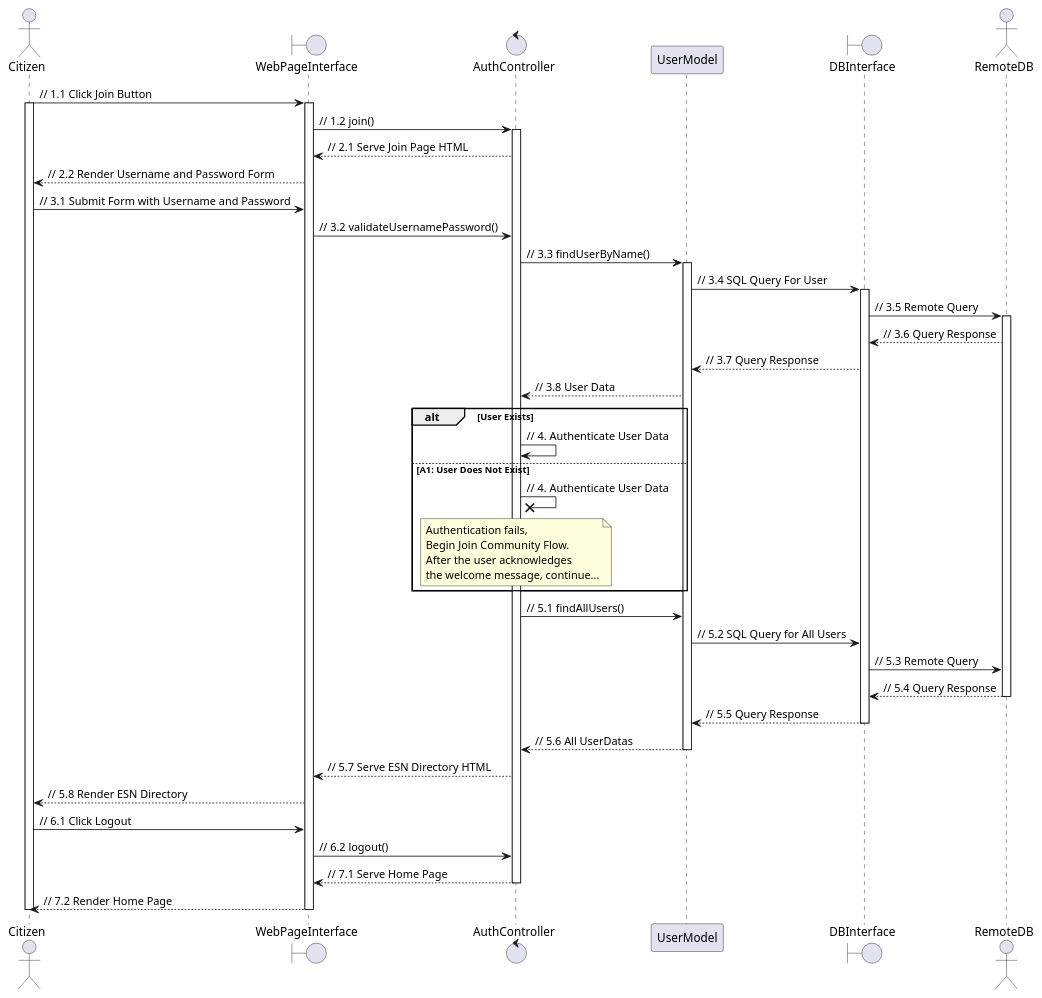
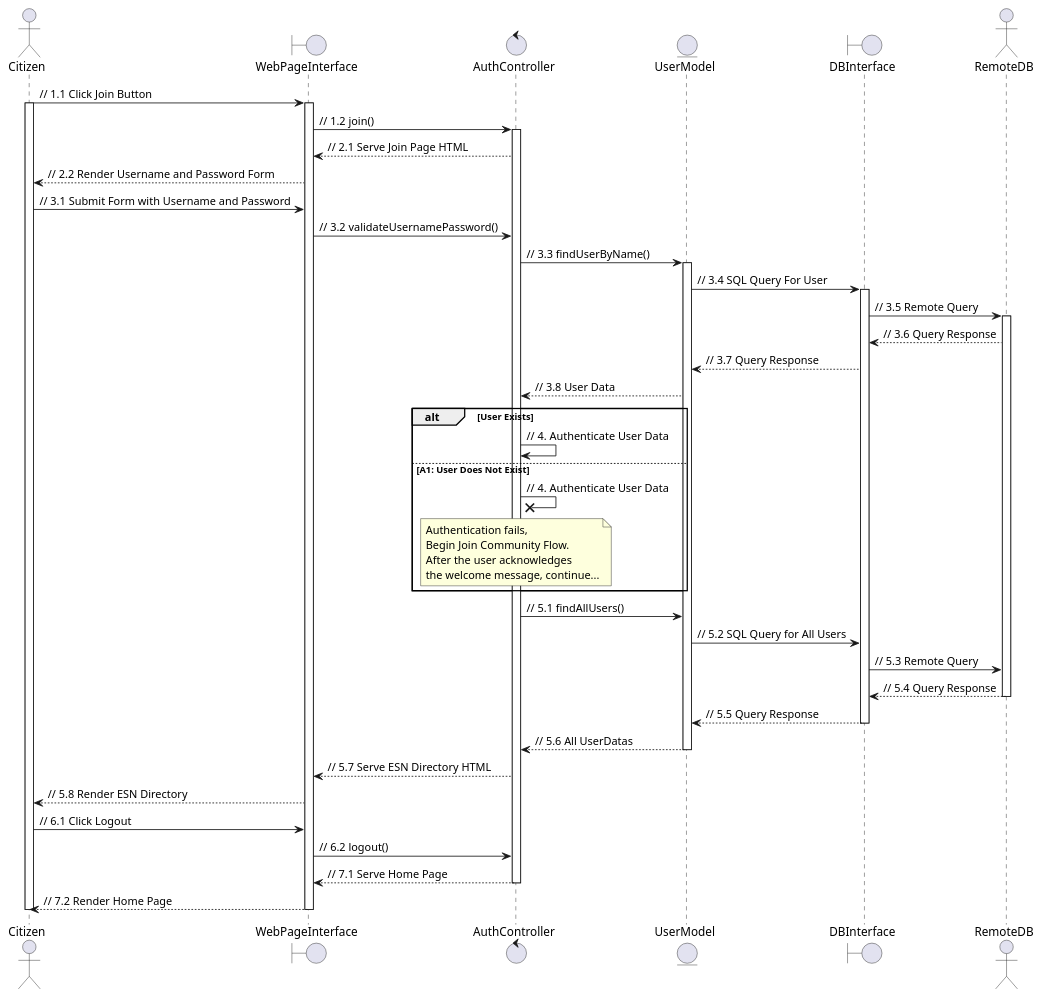
Before and after one commit to Lorilandly/ESN: the diagram in docs/ooa/login-logout/sequence.puml, drawn with PlantUML. The commit also changed 8 other files, not shown here.

```diff
--- a/docs/ooa/login-logout/sequence.puml
+++ b/docs/ooa/login-logout/sequence.puml
@@ -1,64 +1,64 @@
 @startuml
 
 actor Citizen as c
 boundary WebPageInterface as w
 control AuthController as a
-participant UserModel as u
+entity UserModel as u
 boundary DBInterface as db
 actor RemoteDB as rdb
 
 c -> w : // 1.1 Click Join Button
 activate c
 activate w
 w -> a : // 1.2 join()
 activate a
 a --> w : // 2.1 Serve Join Page HTML 
 w --> c : // 2.2 Render Username and Password Form
 c -> w : // 3.1 Submit Form with Username and Password
 w -> a : // 3.2 validateUsernamePassword()
 a -> u : // 3.3 findUserByName()
 activate u
 u -> db : // 3.4 SQL Query For User
 activate db
 db -> rdb : // 3.5 Remote Query
 activate rdb
 rdb --> db : // 3.6 Query Response
 db --> u : // 3.7 Query Response
 u --> a : // 3.8 User Data
 
 alt User Exists
 a -> a : // 4. Authenticate User Data
 
 else A1: User Does Not Exist
 
 a ->x a : // 4. Authenticate User Data
 
 note over a
 Authentication fails,
 Begin Join Community Flow.
 After the user acknowledges
 the welcome message, continue...
 end note
 
 end
 
 a -> u : // 5.1 findAllUsers()
 u -> db : // 5.2 SQL Query for All Users
 db -> rdb : // 5.3 Remote Query
 rdb --> db : // 5.4 Query Response
 deactivate rdb
 db --> u : // 5.5 Query Response
 deactivate db
 u --> a : // 5.6 All UserDatas
 deactivate u
 a --> w : // 5.7 Serve ESN Directory HTML
 w --> c : // 5.8 Render ESN Directory
 c -> w : // 6.1 Click Logout
 w -> a : // 6.2 logout()
 a --> w : // 7.1 Serve Home Page
 deactivate a
 w --> c : // 7.2 Render Home Page
 deactivate w
 deactivate c
 
 @enduml
```
